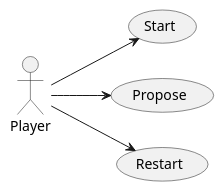
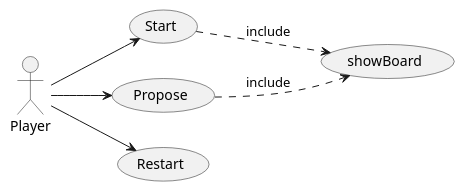
One commit to jumpering/Hanged changed the diagram in requirements/userCase/actorDiagram.puml. Above: the diagram before and after it, drawn with PlantUML. The commit also changed 4 other files, not shown here.

```diff
--- a/requirements/userCase/actorDiagram.puml
+++ b/requirements/userCase/actorDiagram.puml
@@ -1,12 +1,15 @@
 @startuml
 'https://plantuml.com/use-case-diagram
 
 left to right direction
 actor Player as player
 usecase "Start" as start
 usecase "Propose" as propose
 usecase "Restart" as restart
+usecase "showBoard" as showBoard
 player --> start
+start ..> showBoard :include
 player --> propose
+propose ..> showBoard :include
 player --> restart
 @enduml
```
